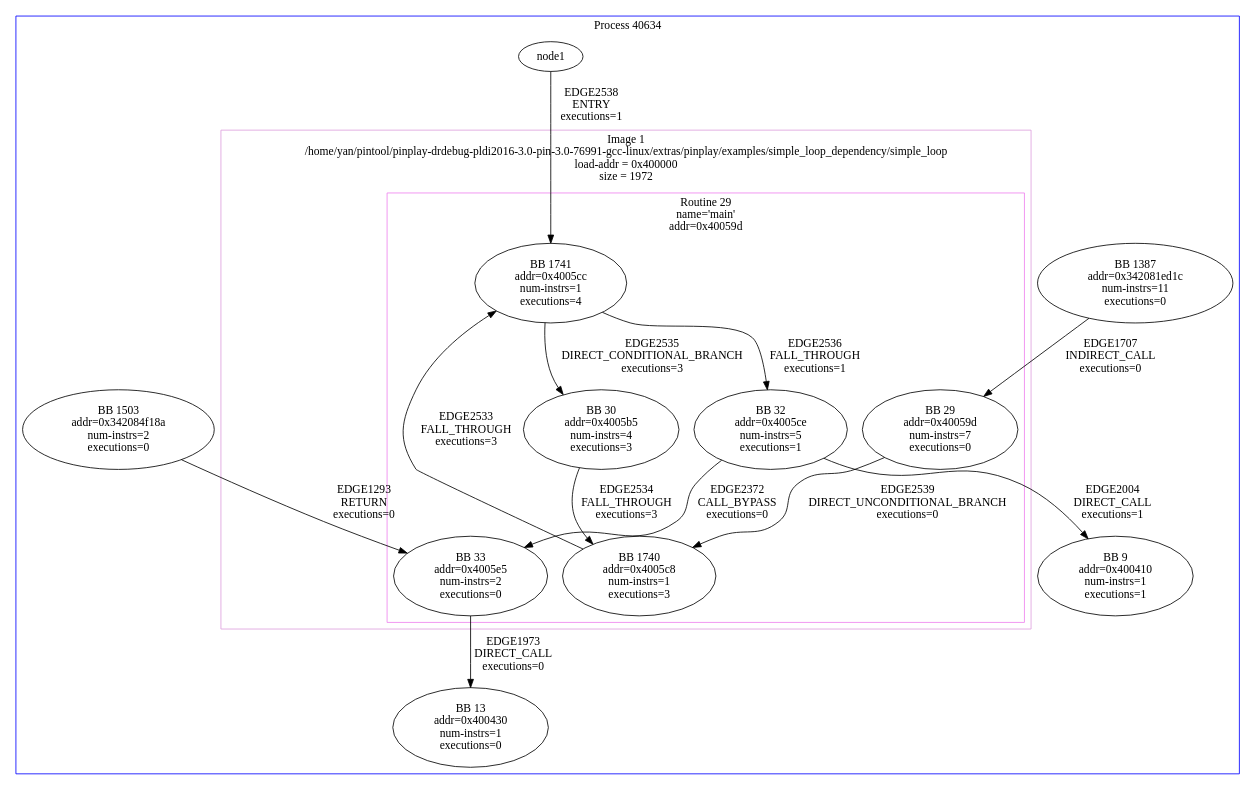
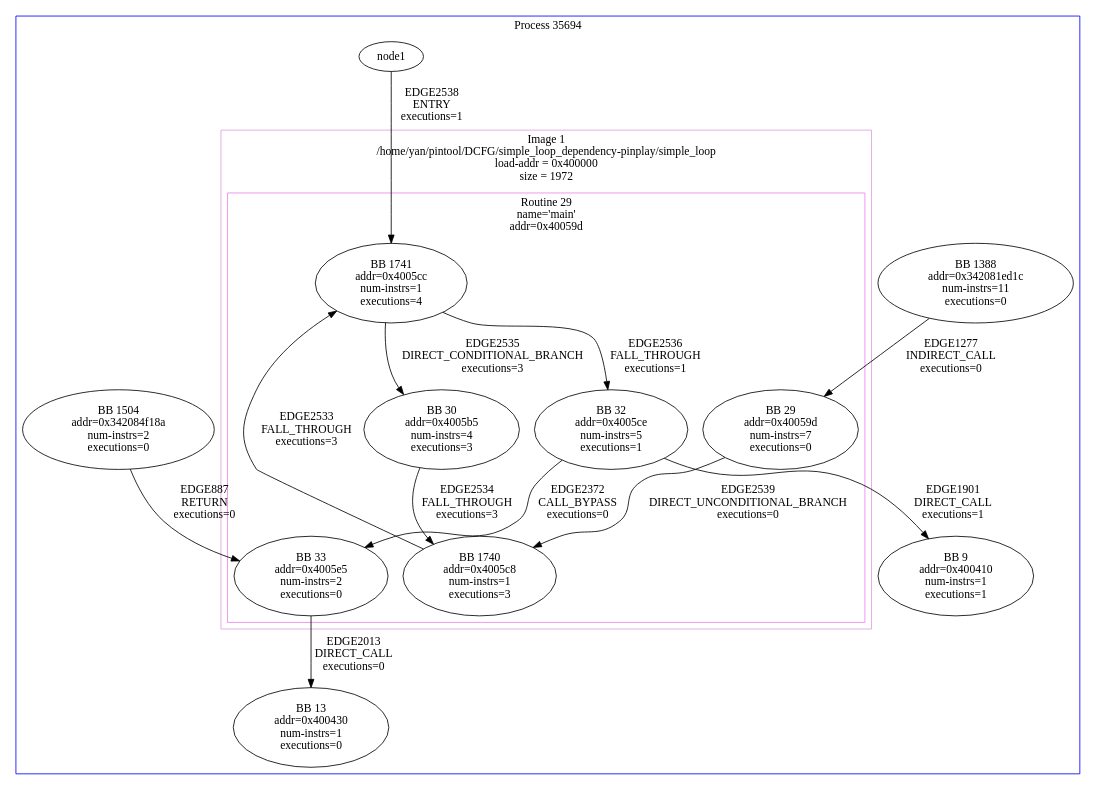
One commit to passlab/DCFG changed the diagram in simple_loop_dependency-pinplay/region.dcfg.dot. Above: the diagram before and after it, drawn with Graphviz. The commit also changed 47 other files, not shown here.

Commit message:
uncommit so dot graph can be generated

```diff
--- a/simple_loop_dependency-pinplay/region.dcfg.dot
+++ b/simple_loop_dependency-pinplay/region.dcfg.dot
@@ -1,48 +1,48 @@
 # This file is in the DOT graph-visualization language.
 # See http://www.graphviz.org for a list of programs to render the graph.
 digraph dcfg {
- subgraph cluster_pid40634 {
+ subgraph cluster_pid35694 {
   color=blue;
-  label="Process 40634";
+  label="Process 35694";
   subgraph cluster_image1 {
    color=plum;
-   label="Image 1\n/home/yan/pintool/pinplay-drdebug-pldi2016-3.0-pin-3.0-76991-gcc-linux/extras/pinplay/examples/simple_loop_dependency/simple_loop\nload-addr = 0x400000\nsize = 1972";
+   label="Image 1\n/home/yan/pintool/DCFG/simple_loop_dependency-pinplay/simple_loop\nload-addr = 0x400000\nsize = 1972";
   subgraph cluster_routine29 {
    color=violet;
    label="Routine 29\nname='main'\naddr=0x40059d";
    node33 [label="BB 33\naddr=0x4005e5\nnum-instrs=2\nexecutions=0"];
    node1740 [label="BB 1740\naddr=0x4005c8\nnum-instrs=1\nexecutions=3"];
    node1741 [label="BB 1741\naddr=0x4005cc\nnum-instrs=1\nexecutions=4"];
    node29 [label="BB 29\naddr=0x40059d\nnum-instrs=7\nexecutions=0"];
    node30 [label="BB 30\naddr=0x4005b5\nnum-instrs=4\nexecutions=3"];
    node32 [label="BB 32\naddr=0x4005ce\nnum-instrs=5\nexecutions=1"];
   }
   } /* image1 */
   subgraph cluster_image2 {
    color=plum;
    label="Image 2\n/lib64/ld-linux-x86-64.so.2\nload-addr = 0x3420000000\nsize = 129552";
   } /* image2 */
   subgraph cluster_image3 {
    color=plum;
    label="Image 3\n/lib64/libc.so.6\nload-addr = 0x3420800000\nsize = 3750152";
   } /* image3 */
 
 # Edges
 node1741 -> node30 [label="EDGE2535\nDIRECT_CONDITIONAL_BRANCH\nexecutions=3"];
 node1741 -> node32 [label="EDGE2536\nFALL_THROUGH\nexecutions=1"];
-node1387 -> node29 [label="EDGE1707\nINDIRECT_CALL\nexecutions=0"];
-   node1387 [label="BB 1387\naddr=0x342081ed1c\nnum-instrs=11\nexecutions=0"];
+node1388 -> node29 [label="EDGE1277\nINDIRECT_CALL\nexecutions=0"];
+   node1388 [label="BB 1388\naddr=0x342081ed1c\nnum-instrs=11\nexecutions=0"];
 node1 -> node1741 [label="EDGE2538\nENTRY\nexecutions=1"];
    node1;
-node1503 -> node33 [label="EDGE1293\nRETURN\nexecutions=0"];
-   node1503 [label="BB 1503\naddr=0x342084f18a\nnum-instrs=2\nexecutions=0"];
-node32 -> node9 [label="EDGE2004\nDIRECT_CALL\nexecutions=1"];
+node32 -> node9 [label="EDGE1901\nDIRECT_CALL\nexecutions=1"];
    node9 [label="BB 9\naddr=0x400410\nnum-instrs=1\nexecutions=1"];
 node32 -> node33 [label="EDGE2372\nCALL_BYPASS\nexecutions=0"];
+node1504 -> node33 [label="EDGE887\nRETURN\nexecutions=0"];
+   node1504 [label="BB 1504\naddr=0x342084f18a\nnum-instrs=2\nexecutions=0"];
 node29 -> node1740 [label="EDGE2539\nDIRECT_UNCONDITIONAL_BRANCH\nexecutions=0"];
-node33 -> node13 [label="EDGE1973\nDIRECT_CALL\nexecutions=0"];
+node33 -> node13 [label="EDGE2013\nDIRECT_CALL\nexecutions=0"];
    node13 [label="BB 13\naddr=0x400430\nnum-instrs=1\nexecutions=0"];
 node1740 -> node1741 [label="EDGE2533\nFALL_THROUGH\nexecutions=3"];
 node30 -> node1740 [label="EDGE2534\nFALL_THROUGH\nexecutions=3"];
- } /* pid40634 */
+ } /* pid35694 */
 }
```
